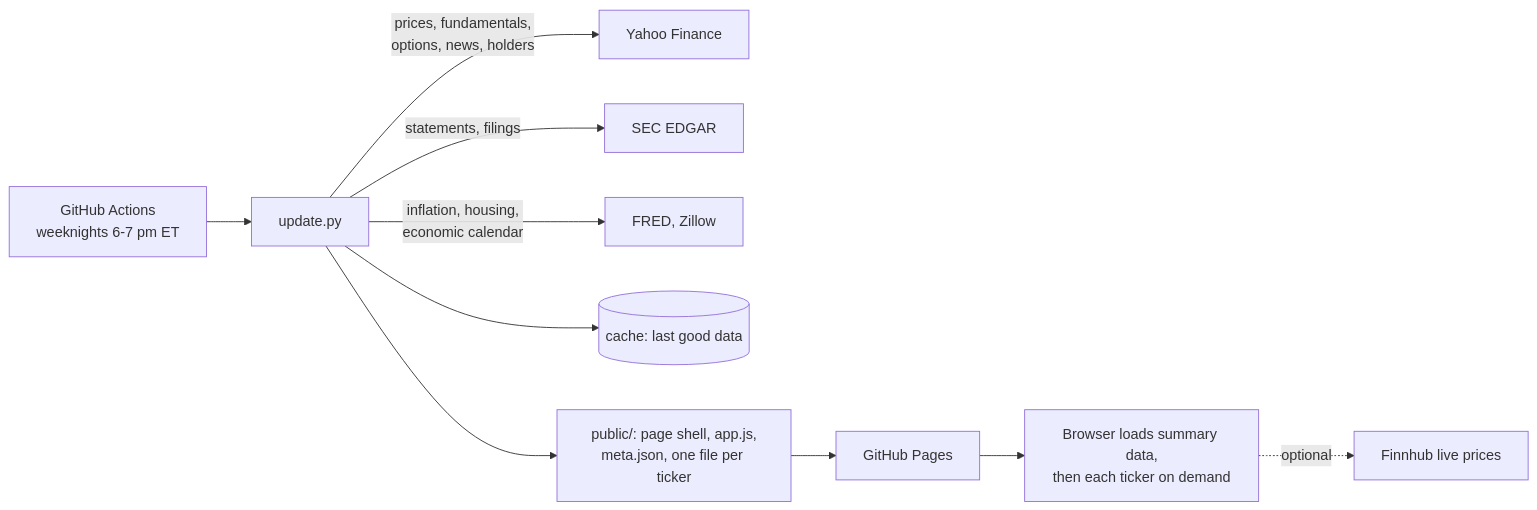
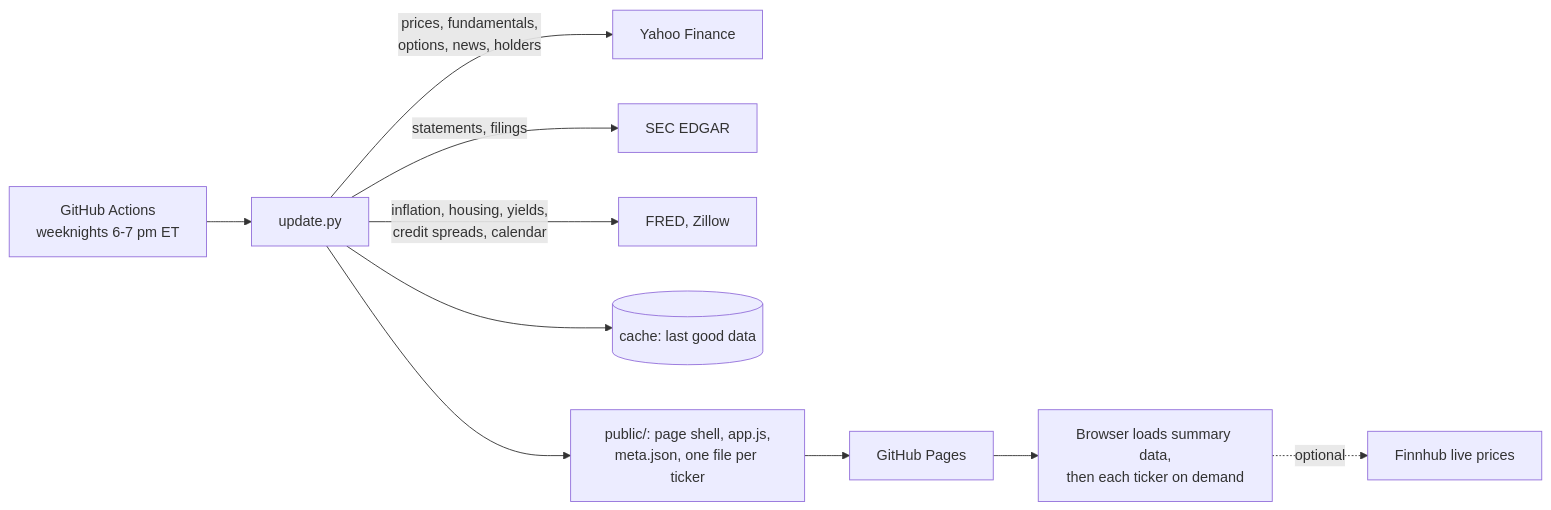
Before and after one commit to RRana23/terminal-lite: the diagram in README.md, drawn with Mermaid. The commit also changed other lines of this file and 5 other files, not shown here.

````diff
--- a/README.md
+++ b/README.md
@@ -33,12 +35,12 @@
 ```mermaid
 flowchart LR
   A[GitHub Actions<br/>weeknights 6-7 pm ET] --> B[update.py]
   B -->|prices, fundamentals,<br/>options, news, holders| Y[Yahoo Finance]
   B -->|statements, filings| S[SEC EDGAR]
-  B -->|inflation, housing,<br/>economic calendar| F[FRED, Zillow]
+  B -->|inflation, housing, yields,<br/>credit spreads, calendar| F[FRED, Zillow]
   B --> C[(cache: last good data)]
   B --> P[public/: page shell, app.js,<br/>meta.json, one file per ticker]
   P --> G[GitHub Pages]
   G --> U[Browser loads summary data,<br/>then each ticker on demand]
   U -.optional.-> L[Finnhub live prices]
 ```
````
